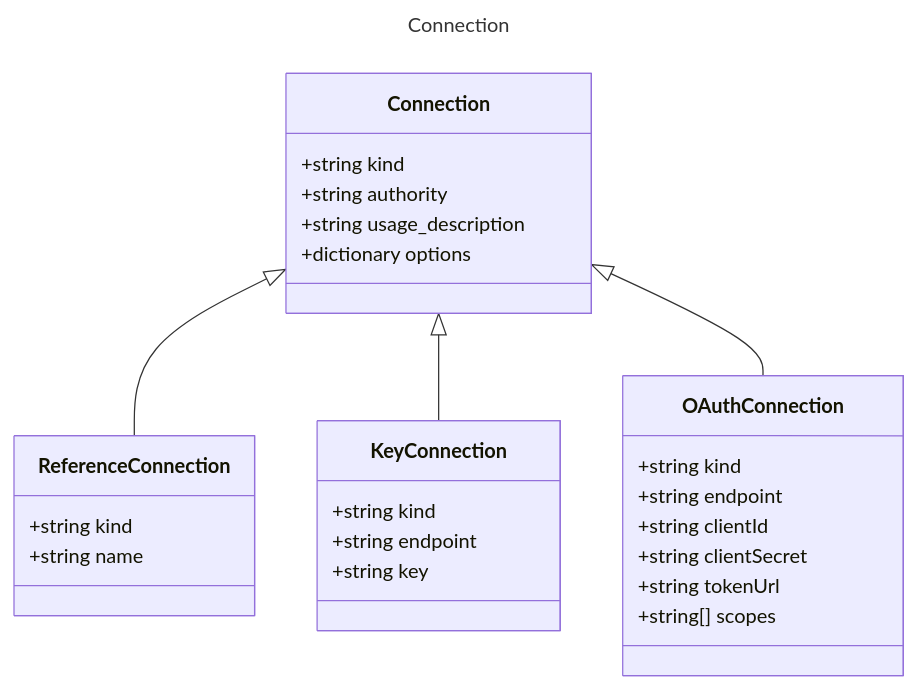
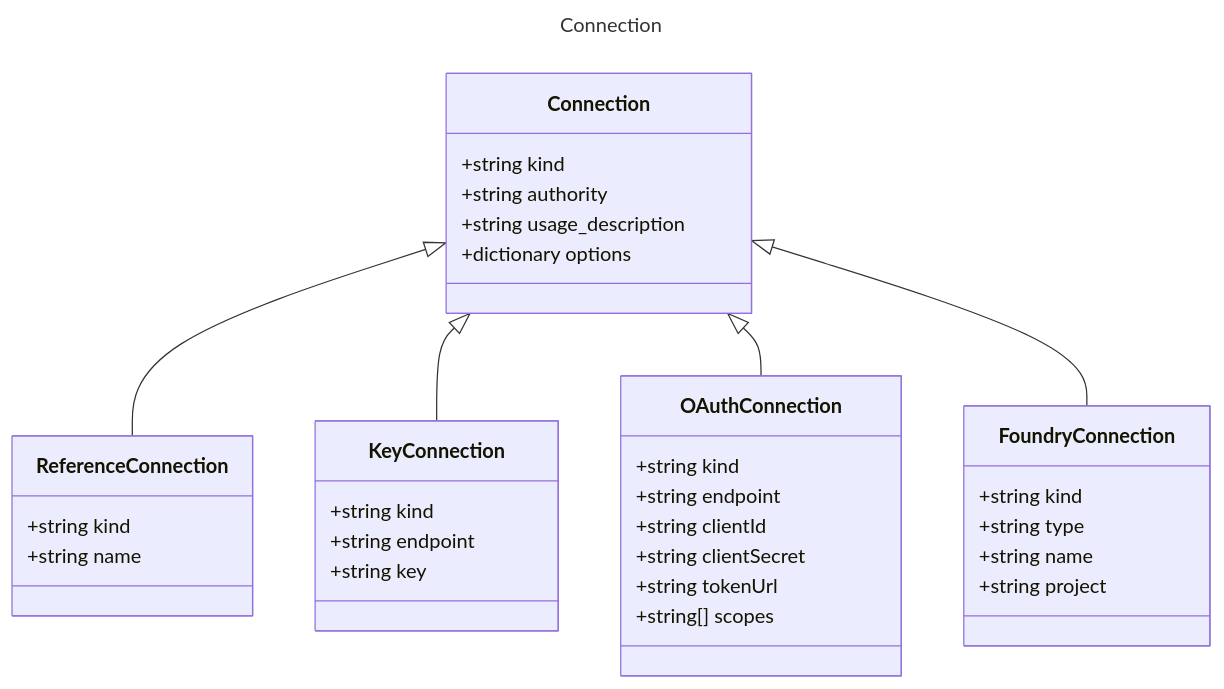
One commit to microsoft/prompty changed the diagram in specification/prompty/docs/Connection.md. Above: the diagram before and after it, drawn with Mermaid. The commit also changed other lines of this file and 20 other files, not shown here.

````diff
--- a/specification/prompty/docs/Connection.md
+++ b/specification/prompty/docs/Connection.md
@@ -9,32 +9,39 @@
 ```mermaid
 ---
 title: Connection
 ---
 classDiagram
     class Connection {
         +string kind
         +string authority
         +string usage_description
         +dictionary options
     }
     class ReferenceConnection {
         +string kind
         +string name
     }
     Connection <|-- ReferenceConnection
     class KeyConnection {
         +string kind
         +string endpoint
         +string key
     }
     Connection <|-- KeyConnection
     class OAuthConnection {
         +string kind
         +string endpoint
         +string clientId
         +string clientSecret
         +string tokenUrl
         +string[] scopes
     }
     Connection <|-- OAuthConnection
+    class FoundryConnection {
+        +string kind
+        +string type
+        +string name
+        +string project
+    }
+    Connection <|-- FoundryConnection
 ```
````
